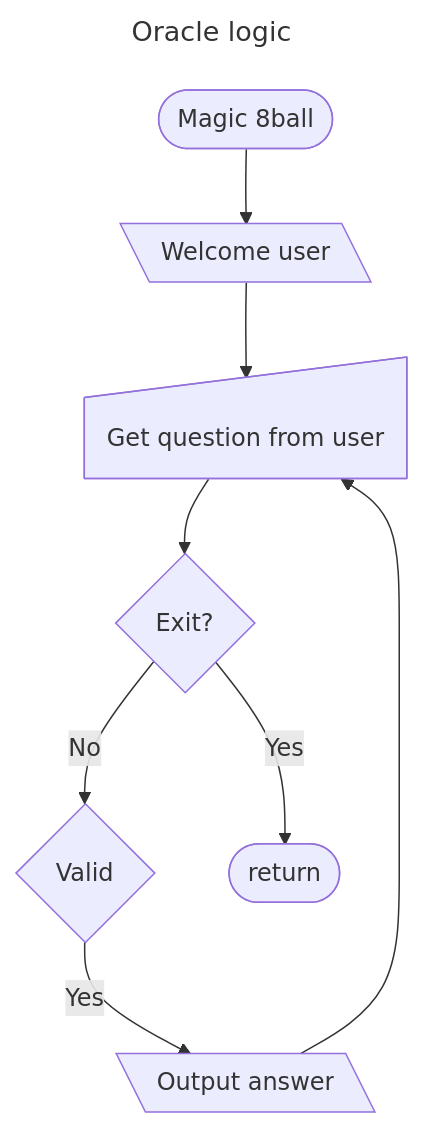
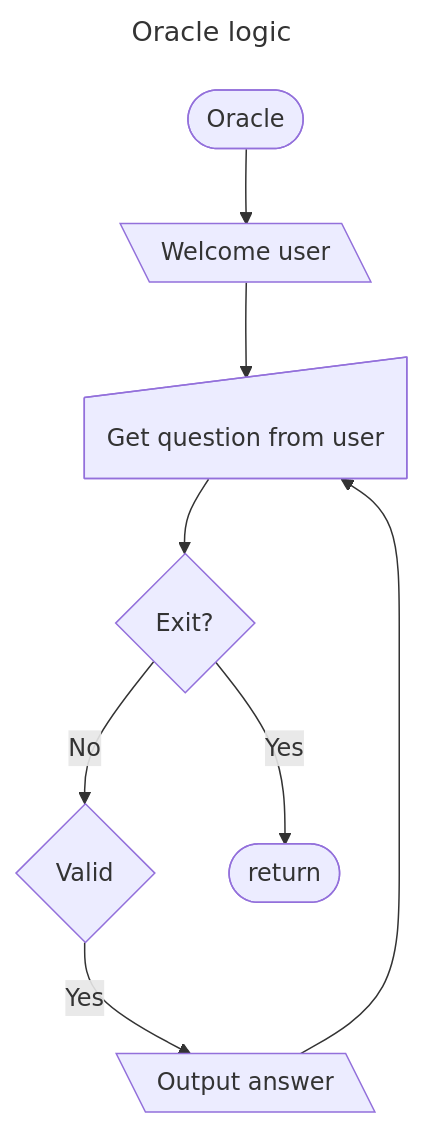
Before and after one commit to elbCHEM/magic8ball: the diagram in app-logic.md, drawn with Mermaid. The commit also changed 3 other files, not shown here.

````diff
--- a/app-logic.md
+++ b/app-logic.md
@@ -1,18 +1,18 @@
 ```mermaid
 ---
 title: Oracle logic
 ---
 flowchart TD
-    A@{shape: stadium, label: "Magic 8ball"}
+    A@{shape: stadium, label: "Oracle"}
     B@{shape: lean-l, label: Welcome user}
     C@{shape: sl-rect, label: Get question from user}
     D@{shape: diamond, label: Exit?}
     E@{shape: diamond, label: Valid}
     F@{shape: lean-l, label: Output answer}
     Å@{shape: stadium, label: return}
 
 
     A --> B --> C --> D
     D -- No --> E -- Yes --> F --> C
     D -- Yes --> Å
 ```
````
